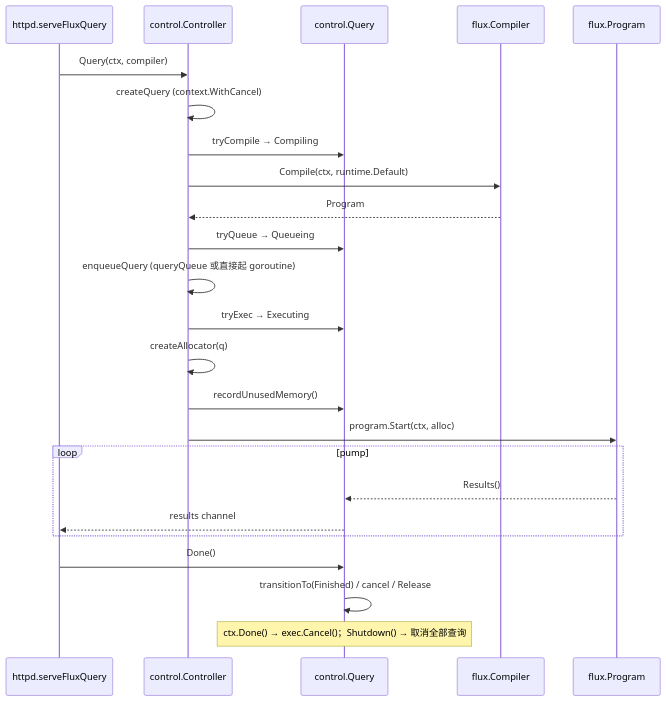
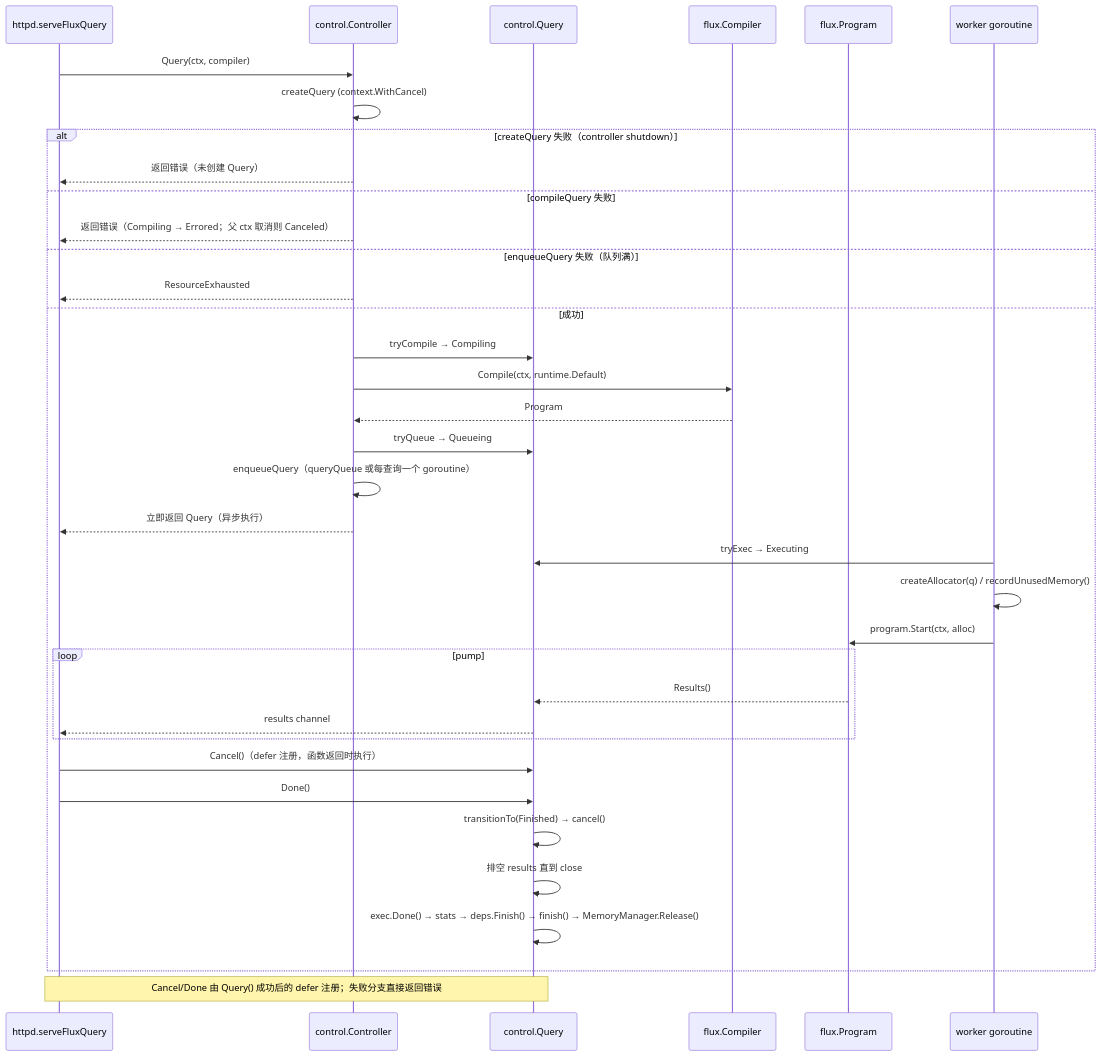
The second of 3 diagrams in docs/specs/v1.8.10-vs-v1.12.3/03_query_engine_diff.md (stefanv5/influxdb), drawn with Mermaid before and after one commit. The commit also changed other lines of this file and 18 other files, not shown here.

````diff
--- a/docs/specs/v1.8.10-vs-v1.12.3/03_query_engine_diff.md
+++ b/docs/specs/v1.8.10-vs-v1.12.3/03_query_engine_diff.md
@@ -142,27 +150,39 @@
 ```mermaid
 sequenceDiagram
     participant H as httpd.serveFluxQuery
     participant C as control.Controller
     participant Q as control.Query
     participant K as flux.Compiler
     participant P as flux.Program
+    participant W as worker goroutine
 
     H->>C: Query(ctx, compiler)
     C->>C: createQuery (context.WithCancel)
-    C->>Q: tryCompile → Compiling
-    C->>K: Compile(ctx, runtime.Default)
-    K-->>C: Program
-    C->>Q: tryQueue → Queueing
-    C->>C: enqueueQuery (queryQueue 或直接起 goroutine)
-    C->>Q: tryExec → Executing
-    C->>C: createAllocator(q)
-    C->>Q: recordUnusedMemory()
-    C->>P: program.Start(ctx, alloc)
-    loop pump
-        P-->>Q: Results()
-        Q-->>H: results channel
+    alt createQuery 失败（controller shutdown）
+        C-->>H: 返回错误（未创建 Query）
+    else compileQuery 失败
+        C-->>H: 返回错误（Compiling → Errored；父 ctx 取消则 Canceled）
+    else enqueueQuery 失败（队列满）
+        C-->>H: ResourceExhausted
+    else 成功
+        C->>Q: tryCompile → Compiling
+        C->>K: Compile(ctx, runtime.Default)
+        K-->>C: Program
+        C->>Q: tryQueue → Queueing
+        C->>C: enqueueQuery（queryQueue 或每查询一个 goroutine）
+        C-->>H: 立即返回 Query（异步执行）
+        W->>Q: tryExec → Executing
+        W->>W: createAllocator(q) / recordUnusedMemory()
+        W->>P: program.Start(ctx, alloc)
+        loop pump
+            P-->>Q: Results()
+            Q-->>H: results channel
+        end
+        H->>Q: Cancel()（defer 注册，函数返回时执行）
+        H->>Q: Done()
+        Q->>Q: transitionTo(Finished) → cancel()
+        Q->>Q: 排空 results 直到 close
+        Q->>Q: exec.Done() → stats → deps.Finish() → finish() → MemoryManager.Release()
     end
-    H->>Q: Done()
-    Q->>Q: transitionTo(Finished) / cancel / Release
-    Note over Q: ctx.Done() → exec.Cancel()；Shutdown() → 取消全部查询
+    Note over H,Q: Cancel/Done 由 Query() 成功后的 defer 注册；失败分支直接返回错误
 ```
````
